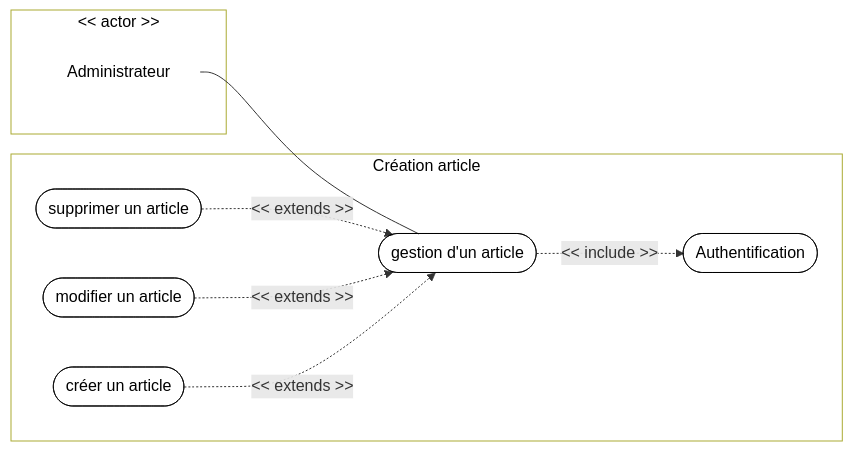
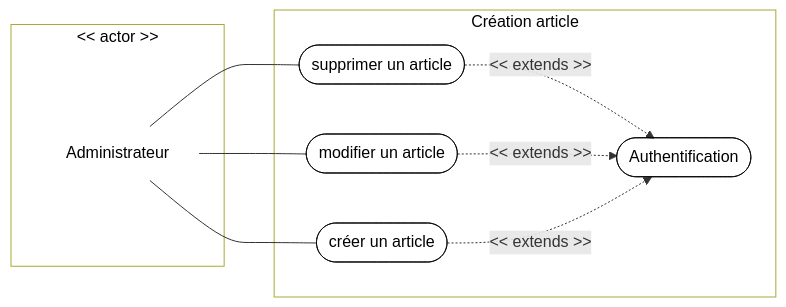
The diagram in public/UML/uc_gestion_article.md (Tony-marques/p5_blog), drawn with Mermaid before and after one commit. The commit also changed 28 other files, not shown here.

````diff
--- a/public/UML/uc_gestion_article.md
+++ b/public/UML/uc_gestion_article.md
@@ -1,33 +1,33 @@
 ```mermaid
   flowchart LR
   subgraph actor[<< actor >>]
     administrateur[Administrateur]
   end
 
   subgraph system ["Création article"]
     auth([Authentification])
-    gestion([gestion d'un article])
     supp([supprimer un article])
     mod([modifier un article])
     creer([créer un article])
   end
 
 class administrateur,auth,gestion,supp,mod,creer noBg
 class actor,system whiteBg
 class gestion,supp,mod,creer,auth blackBorder
 class administrateur noBorder
 class actor,administrateur,system,supp,mod,creer,auth,gestion blackFont
 
 
 classDef noBg fill: none
 classDef whiteBg fill: #fff
 classDef blackBorder stroke: #000
 classDef noBorder stroke:none
 classDef blackFont color:#000
 
-administrateur --- gestion
-gestion -. << include >> .-> auth
-supp -. << extends >> .-> gestion
-mod -. << extends >> .-> gestion
-creer -. << extends >> .-> gestion
+administrateur --- supp
+administrateur --- mod
+administrateur --- creer
+supp -. << extends >> .-> auth
+mod -. << extends >> .-> auth
+creer -. << extends >> .-> auth
 ```
````
